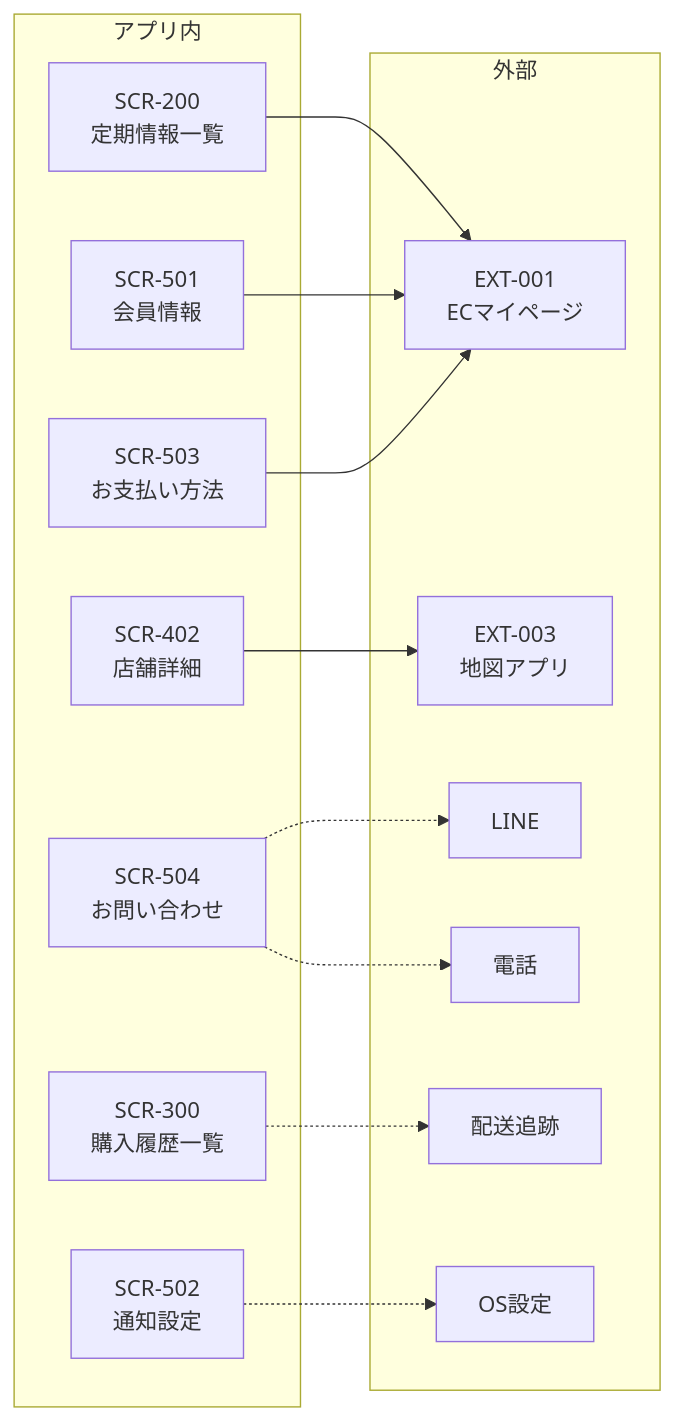
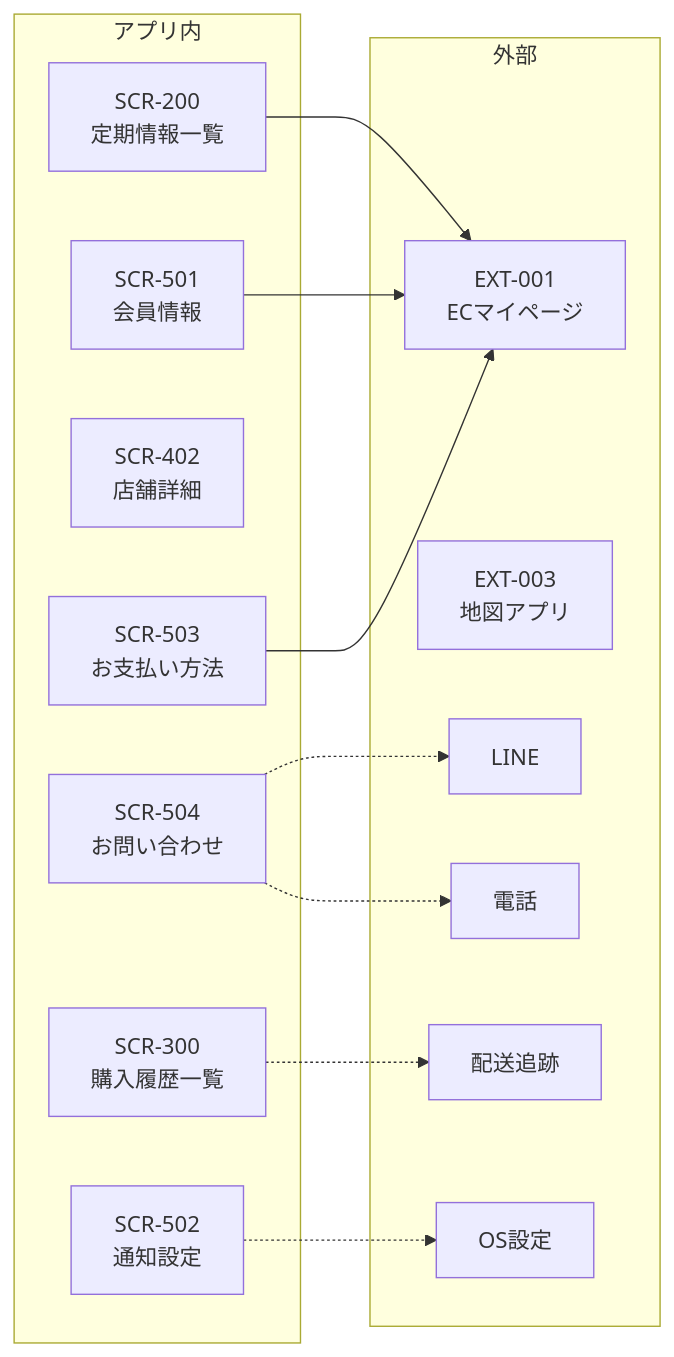
One commit to YukaHasebe/bi-su-app changed diagram 12 of 17 in docs/04_画面遷移図.md. Above: the diagram before and after it, drawn with Mermaid. The commit also changed other lines of this file and 7 other files, not shown here.

````diff
--- a/docs/04_画面遷移図.md
+++ b/docs/04_画面遷移図.md
@@ -317,30 +316,30 @@
 ```mermaid
 flowchart LR
     subgraph APP["アプリ内"]
         SCR200["SCR-200\n定期情報一覧"]
         SCR300["SCR-300\n購入履歴一覧"]
         SCR402["SCR-402\n店舗詳細"]
         SCR501["SCR-501\n会員情報"]
         SCR503["SCR-503\nお支払い方法"]
         SCR504["SCR-504\nお問い合わせ"]
         SCR502["SCR-502\n通知設定"]
     end
 
     subgraph EXTERNAL["外部"]
         EXT001["EXT-001\nECマイページ"]
         EXT003["EXT-003\n地図アプリ"]
         EXTLINE["LINE"]
         EXTTEL["電話"]
         EXTTRACK["配送追跡"]
         EXTOS["OS設定"]
     end
 
     SCR200 --> EXT001
     SCR501 --> EXT001
     SCR503 --> EXT001
-    SCR402 --> EXT003
+    %% SCR402 --> EXT003（店舗=WebViewのため削除）
     SCR504 -.-> EXTLINE
     SCR504 -.-> EXTTEL
     SCR300 -.-> EXTTRACK
     SCR502 -.-> EXTOS
 ```
````
